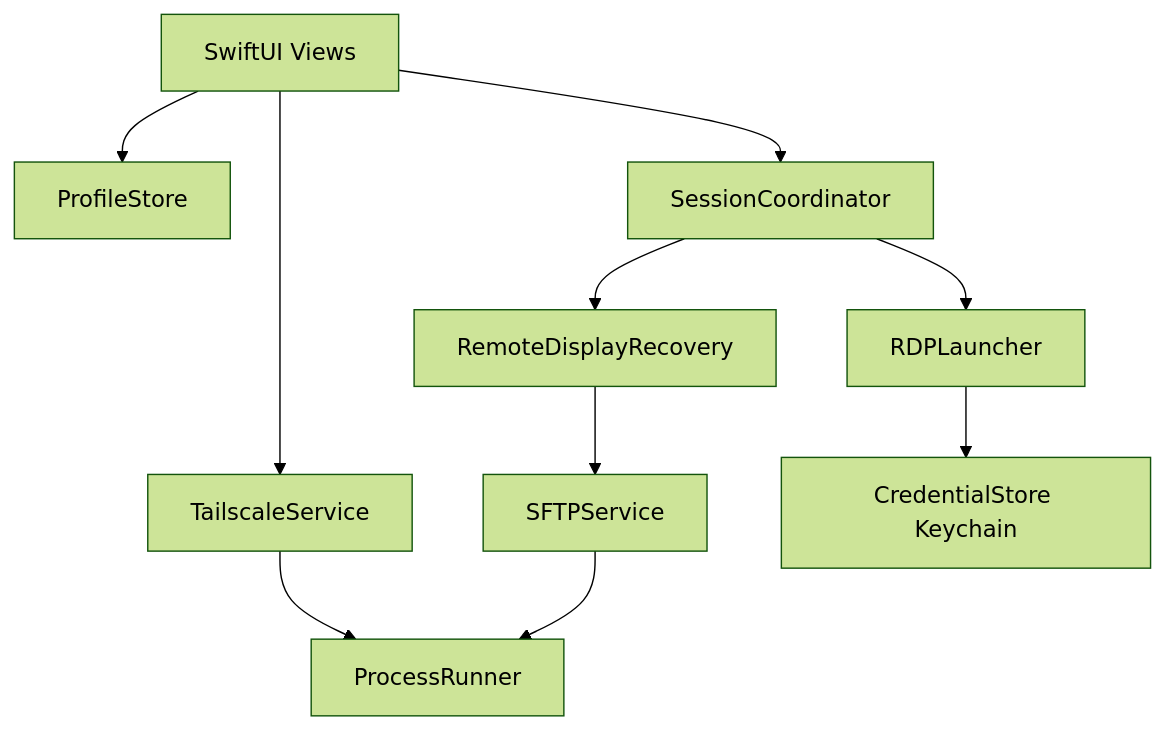
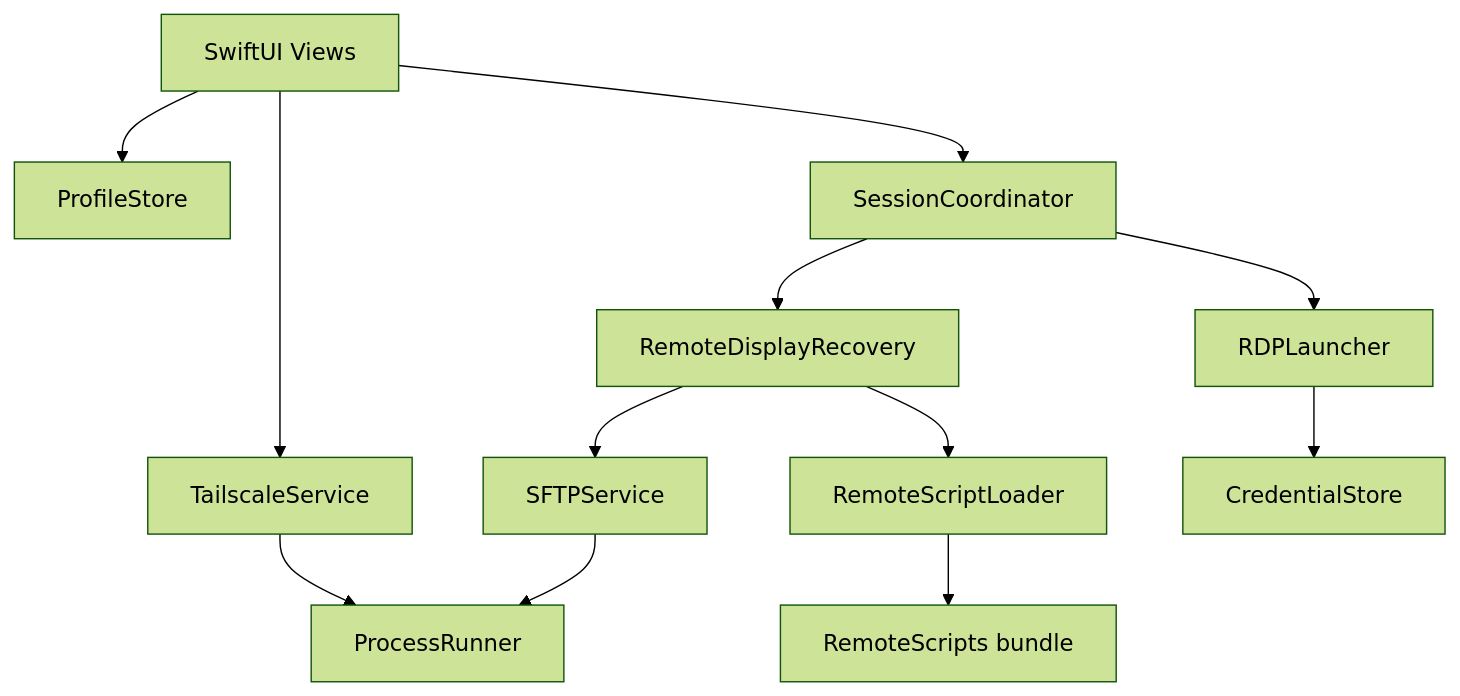
Before and after one commit to SerhatBekdemir/TailRDP: the diagram in HANDOVER.md, drawn with Mermaid (forest theme). The commit also changed other lines of this file and 21 other files, not shown here.

````diff
--- a/HANDOVER.md
+++ b/HANDOVER.md
@@ -7,12 +26,14 @@
 ```mermaid
 flowchart TB
     UI[SwiftUI Views] --> Store[ProfileStore]
     UI --> TS[TailscaleService]
     UI --> SC[SessionCoordinator]
     SC --> RDP[RDPLauncher]
     SC --> RDR[RemoteDisplayRecovery]
+    RDR --> RSL[RemoteScriptLoader]
     RDR --> SFTP[SFTPService]
-    RDP --> CS[CredentialStore Keychain]
+    RDP --> CS[CredentialStore]
     TS --> PR[ProcessRunner]
     SFTP --> PR
+    RSL --> Bundle[RemoteScripts bundle]
 ```
````
